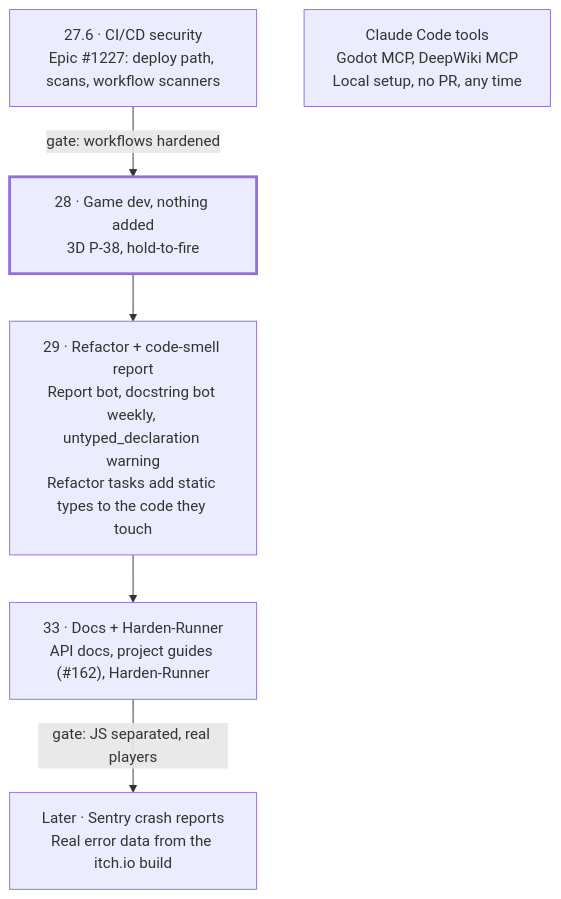
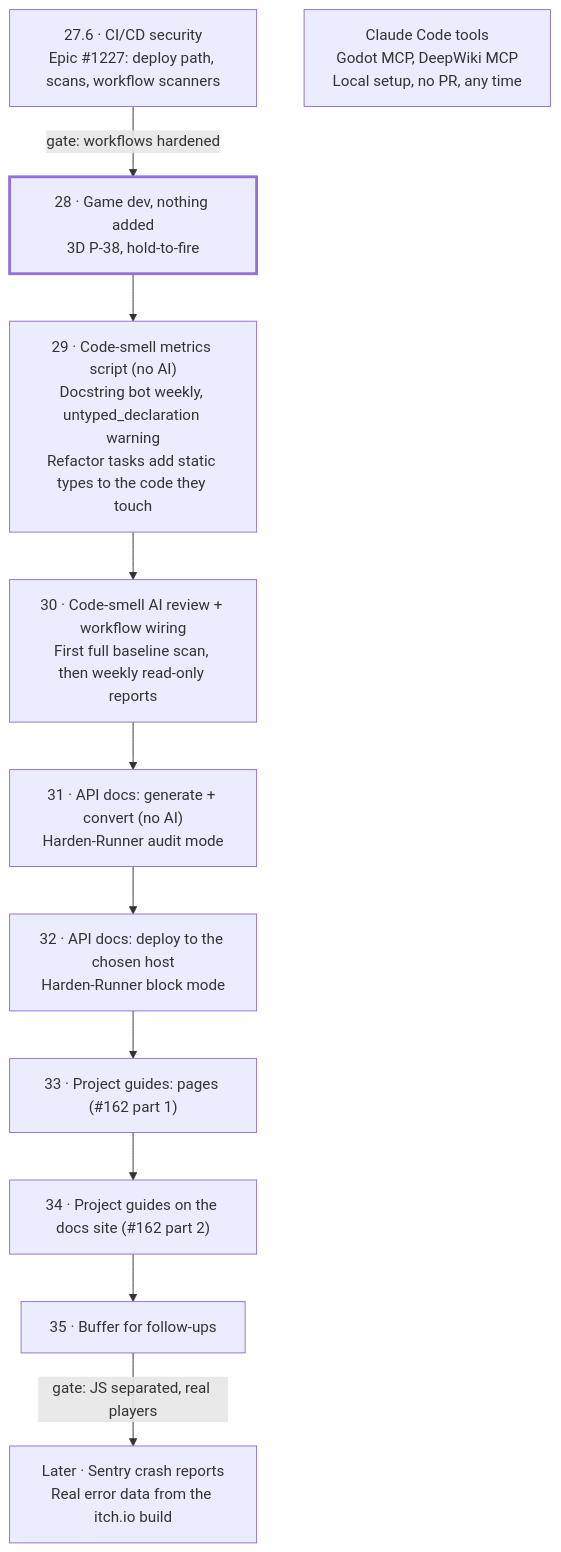
Before and after one commit to ikostan/SkyLockAssault: the diagram in files/docs/Dev_Automation_Plan.md, drawn with Mermaid. The commit also changed other lines of this file and 1 other file, not shown here.

First line of the commit message:
Update automation roadmap and drain failed loads

````diff
--- a/files/docs/Dev_Automation_Plan.md
+++ b/files/docs/Dev_Automation_Plan.md
@@ -13,14 +14,18 @@
 ```mermaid
 flowchart TD
   M276["27.6 · CI/CD security<br/>Epic #1227: deploy path, scans, workflow scanners"]
   M28["28 · Game dev, nothing added<br/>3D P-38, hold-to-fire"]
-  M29["29 · Refactor + code-smell report<br/>Report bot, docstring bot weekly, untyped_declaration warning<br/>Refactor tasks add static types to the code they touch"]
-  M33["33 · Docs + Harden-Runner<br/>API docs, project guides (#162), Harden-Runner"]
+  M29["29 · Code-smell metrics script (no AI)<br/>Docstring bot weekly, untyped_declaration warning<br/>Refactor tasks add static types to the code they touch"]
+  M30["30 · Code-smell AI review + workflow wiring<br/>First full baseline scan, then weekly read-only reports"]
+  M31["31 · API docs: generate + convert (no AI)<br/>Harden-Runner audit mode"]
+  M32["32 · API docs: deploy to the chosen host<br/>Harden-Runner block mode"]
+  M33["33 · Project guides: pages (#162 part 1)"]
+  M34["34 · Project guides on the docs site (#162 part 2)"]
+  M35["35 · Buffer for follow-ups"]
   LATER["Later · Sentry crash reports<br/>Real error data from the itch.io build"]
   TOOLS["Claude Code tools<br/>Godot MCP, DeepWiki MCP<br/>Local setup, no PR, any time"]
   M276 -->|gate: workflows hardened| M28
-  M28 --> M29
-  M29 --> M33
-  M33 -->|gate: JS separated, real players| LATER
+  M28 --> M29 --> M30 --> M31 --> M32 --> M33 --> M34 --> M35
+  M35 -->|gate: JS separated, real players| LATER
   style M28 stroke-width:3px
 ```
````
